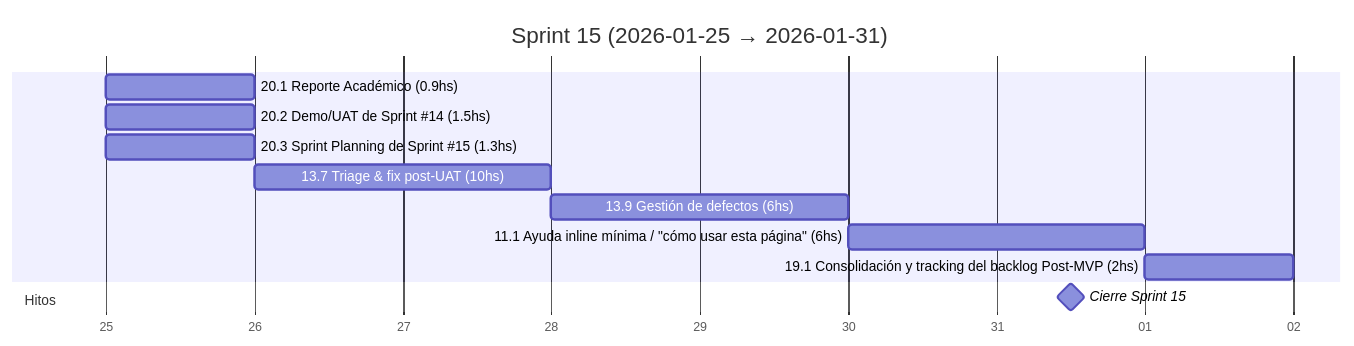
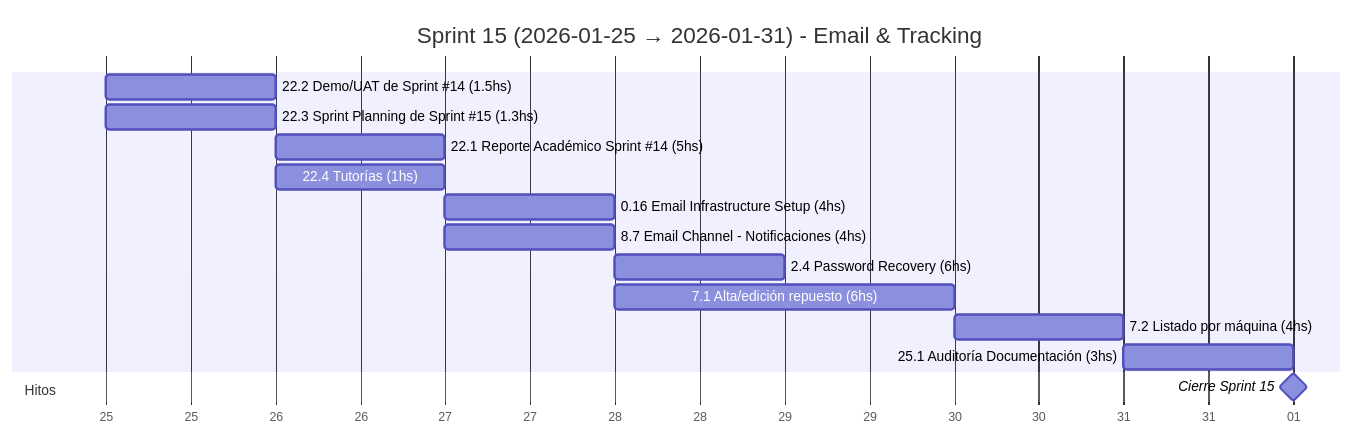
One commit to MarkMed/FleetMan changed diagram 16 of 19 in docs/SprintsGantts.md. Above: the diagram before and after it, drawn with Mermaid. The commit also changed other lines of this file and 1 other file, not shown here.

Commit message:
feat: Update sprint documentation with new sprint titles and objectives for Sprints #0 to #17

````diff
--- a/docs/SprintsGantts.md
+++ b/docs/SprintsGantts.md
@@ -483,19 +483,26 @@
 ```mermaid
 gantt
-  title Sprint 15 (2026-01-25 → 2026-01-31)
+  title Sprint 15 (2026-01-25 → 2026-01-31) - Email & Tracking
   dateFormat  YYYY-MM-DD
   axisFormat  %d
 
   %% Asumimos 5 h/día. Horas estimadas incluidas en el nombre.
+  %% Orden por dependencias: Overhead → Email base → Features dependientes → Docs
 
-  20.1 Reporte Académico (0.9hs)               :t201, 2026-01-25, 1d
-  20.2 Demo/UAT de Sprint #14 (1.5hs)          :t202, 2026-01-25, 1d
-  20.3 Sprint Planning de Sprint #15 (1.3hs)      :t203, 2026-01-25, 1d
-  13.7 Triage & fix post-UAT (10hs)            :t137, after t203, 2d
-  13.9 Gestión de defectos (6hs)               :t139, after t137, 2d
-  11.1 Ayuda inline mínima / "cómo usar esta página" (6hs) :t111, after t139, 2d
-  19.1 Consolidación y tracking del backlog Post-MVP (2hs) :t191, after t111, 1d
+  22.2 Demo/UAT de Sprint #14 (1.5hs)          :t222, 2026-01-25, 1d
+  22.3 Sprint Planning de Sprint #15 (1.3hs)   :t223, 2026-01-25, 1d
+  22.1 Reporte Académico Sprint #14 (5hs)      :t221, 2026-01-26, 1d
+  22.4 Tutorías (1hs)                          :t224, 2026-01-26, 1d
+
+  0.16 Email Infrastructure Setup (4hs)        :t016, 2026-01-27, 1d
+  8.7 Email Channel - Notificaciones (4hs)     :t87, 2026-01-27, 1d
+  2.4 Password Recovery (6hs)                  :t24, 2026-01-28, 1d
+
+  7.1 Alta/edición repuesto (6hs)              :t71, 2026-01-28, 2d
+  7.2 Listado por máquina (4hs)                :t72, after t71, 1d
+
+  25.1 Auditoría Documentación (3hs)          :t251, 2026-01-31, 1d
 
   section Hitos
-  Cierre Sprint 15                             :milestone, s15, 2026-01-31, 1d
+  Cierre Sprint 15                             :milestone, s15, 2026-02-01, 0d
 ```
````
